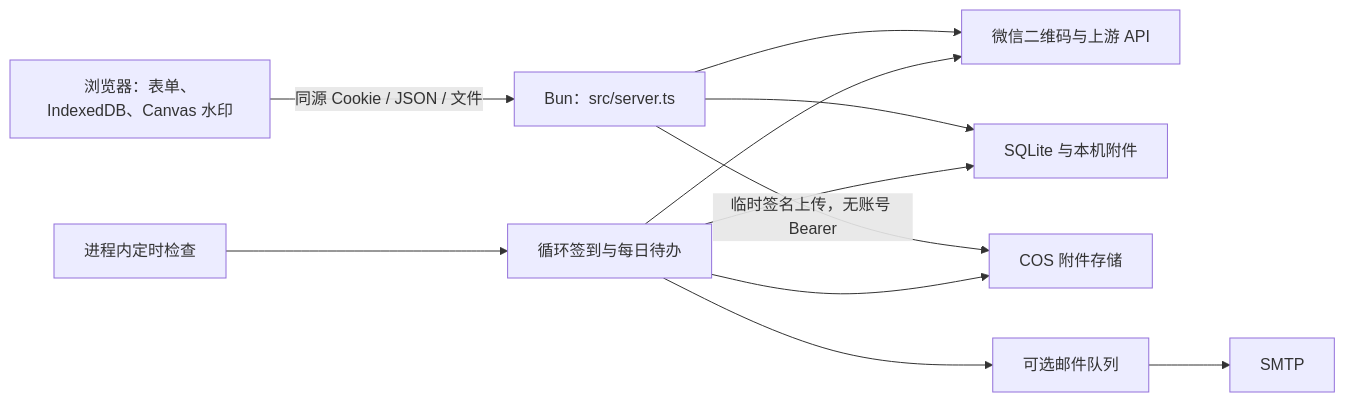
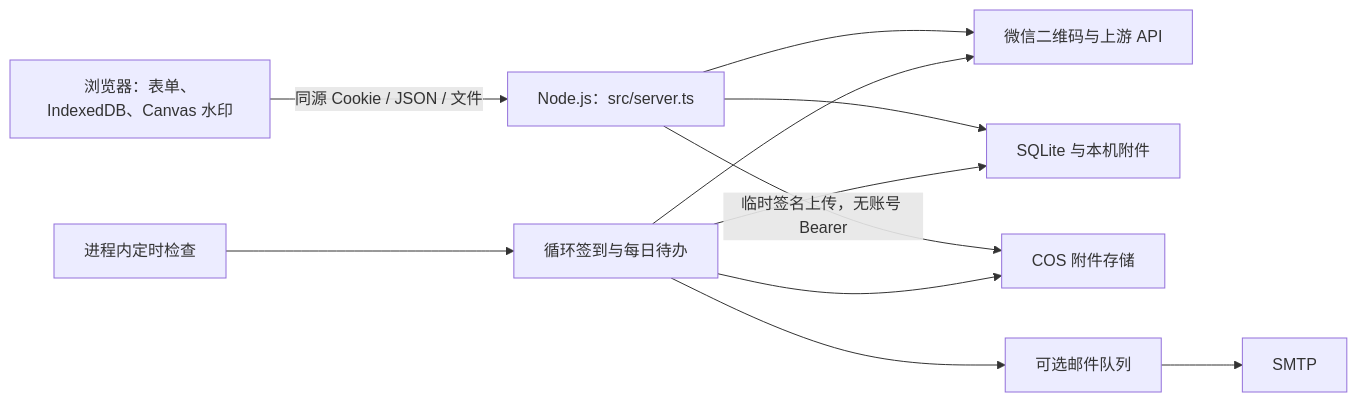
The diagram in docs/AI_HANDOFF.md (xygodcyx/jielong-hack), drawn with Mermaid before and after one commit. The commit also changed other lines of this file and 2 other files, not shown here.

Commit message:
docs: 更新 Node 与 PM2 启动和维护说明

````diff
--- a/docs/AI_HANDOFF.md
+++ b/docs/AI_HANDOFF.md
@@ -112,13 +129,13 @@
 ```mermaid
 flowchart LR
-    Browser["浏览器：表单、IndexedDB、Canvas 水印"] -->|"同源 Cookie / JSON / 文件"| Server["Bun：src/server.ts"]
+    Browser["浏览器：表单、IndexedDB、Canvas 水印"] -->|"同源 Cookie / JSON / 文件"| Server["Node.js：src/server.ts"]
     Server --> Auth["微信二维码与上游 API"]
     Server --> Store["SQLite 与本机附件"]
     Server -->|"临时签名上传，无账号 Bearer"| COS["COS 附件存储"]
     Tick["进程内定时检查"] --> Auto["循环签到与每日待办"]
     Auto --> Store
     Auto --> Auth
     Auto --> COS
     Auto --> Outbox["可选邮件队列"]
     Outbox --> SMTP["SMTP"]
 ```
````
